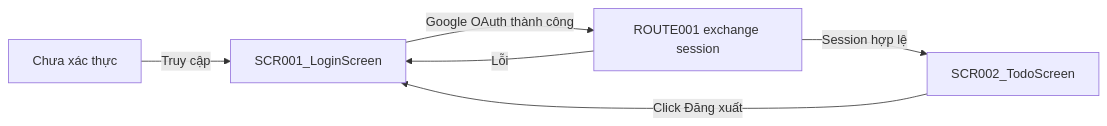
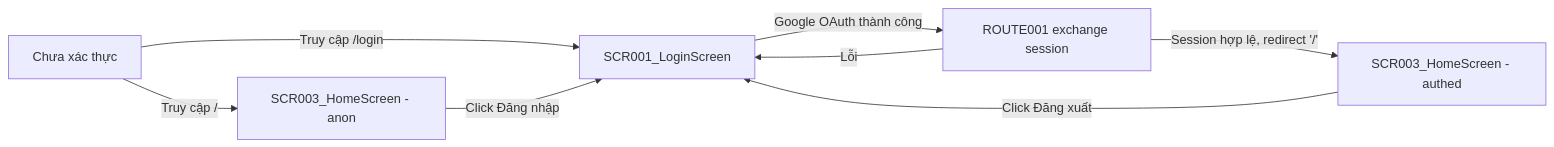
One commit to thangdx-1076/agentic-coding-hands-on changed the second of 2 diagrams in docs/vi/generated/screen-flow.md. Above: the diagram before and after it, drawn with Mermaid. The commit also changed other lines of this file and 22 other files, not shown here.

````diff
--- a/docs/vi/generated/screen-flow.md
+++ b/docs/vi/generated/screen-flow.md
@@ -97,8 +128,10 @@
 ```mermaid
 graph LR
-    A[Chưa xác thực] -->|Truy cập| B[SCR001_LoginScreen]
+    A[Chưa xác thực] -->|Truy cập /| SCR003a[SCR003_HomeScreen - anon]
+    A -->|Truy cập /login| B[SCR001_LoginScreen]
     B -->|Google OAuth thành công| C[ROUTE001 exchange session]
-    C -->|Session hợp lệ| D[SCR002_TodoScreen]
+    C -->|Session hợp lệ, redirect '/'| SCR003b[SCR003_HomeScreen - authed]
     C -->|Lỗi| B
-    D -->|Click Đăng xuất| B
+    SCR003b -->|Click Đăng xuất| B
+    SCR003a -->|Click Đăng nhập| B
 ```
````
